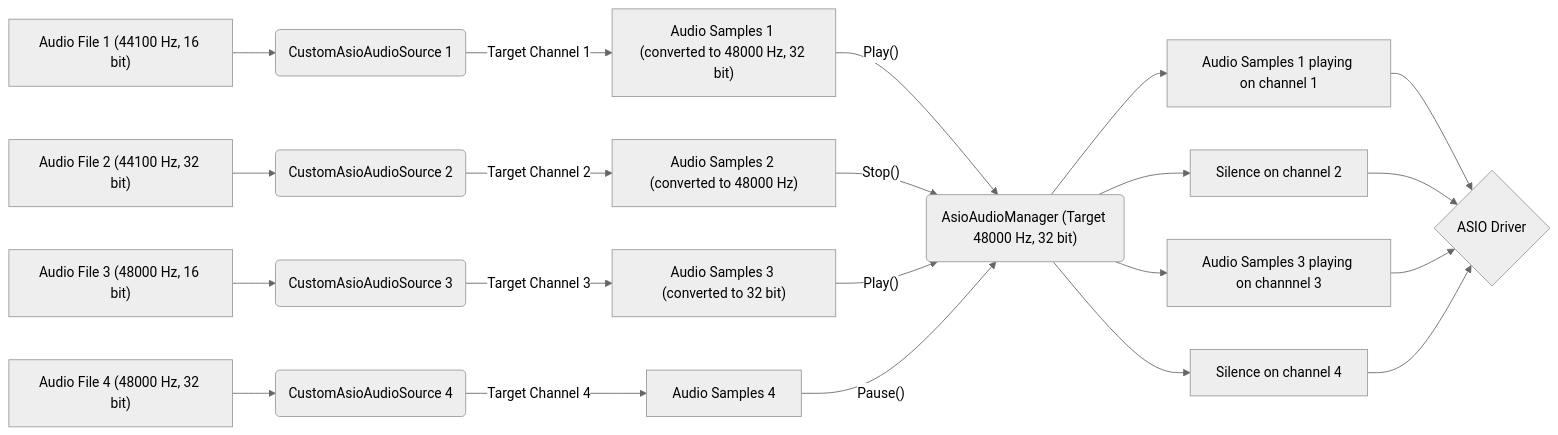
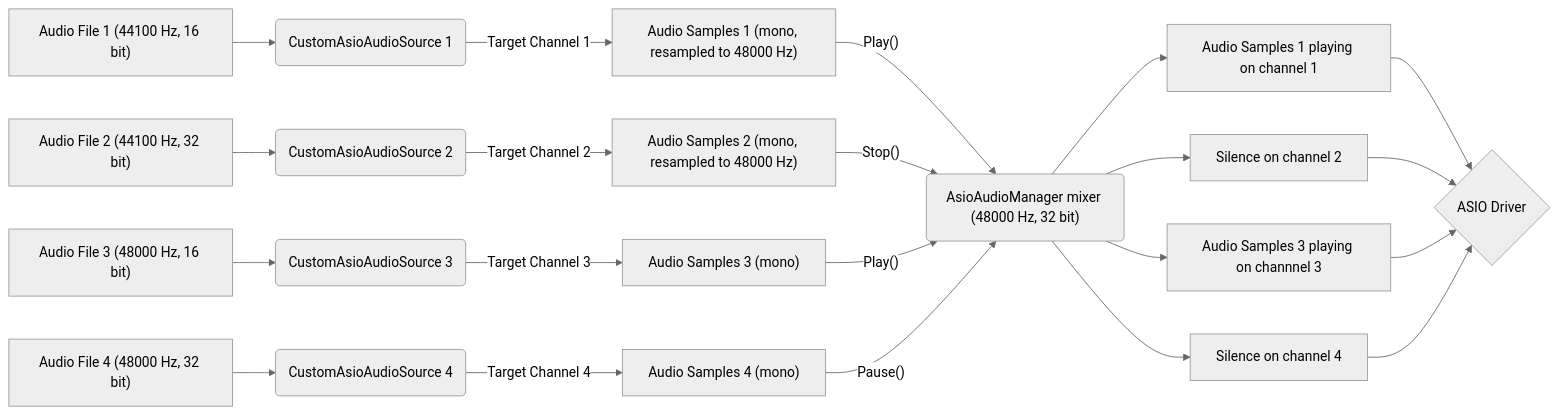
One commit to liris-xr/AsioAudioUnity changed the diagram in Documentation~/SetupAsioAudioEnvironment.md. Above: the diagram before and after it, drawn with Mermaid (neutral theme). The commit also changed other lines of this file and 29 other files, not shown here.

````diff
--- a/Documentation~/SetupAsioAudioEnvironment.md
+++ b/Documentation~/SetupAsioAudioEnvironment.md
@@ -26,37 +28,37 @@
 ```mermaid
 graph LR
-    A["AsioAudioManager (Target 48000 Hz, 32 bit)<br>"] --> n13["Audio Samples 1 playing on channel 1<br>"] & n14["Silence on channel 2<br>"] & n15["Audio Samples 3 playing on channnel 3<br>"] & n16["Silence on channel 4 <br>"]
-    n1["Audio Samples 1 (converted to 48000 Hz, 32 bit)<br>"] -- Play() --> A
-    n2["Audio Samples 2 (converted to 48000 Hz)<br>"] -- Stop() --> A
-    n3["Audio Samples 3 (converted to 32 bit)<br>"] -- Play() --> A
-    n4["Audio Samples 4<br>"] -- Pause() --> A
+    A["AsioAudioManager mixer (48000 Hz, 32 bit)<br>"] --> n13["Audio Samples 1 playing on channel 1<br>"] & n14["Silence on channel 2<br>"] & n15["Audio Samples 3 playing on channnel 3<br>"] & n16["Silence on channel 4 <br>"]
+    n1["Audio Samples 1 (mono, resampled to 48000 Hz)<br>"] -- Play() --> A
+    n2["Audio Samples 2 (mono, resampled to 48000 Hz)<br>"] -- Stop() --> A
+    n3["Audio Samples 3 (mono)<br>"] -- Play() --> A
+    n4["Audio Samples 4 (mono)<br>"] -- Pause() --> A
     n5["CustomAsioAudioSource 1<br>"] -- Target Channel 1 --> n1
     n6["CustomAsioAudioSource 2<br>"] -- Target Channel 2 --> n2
     n7["CustomAsioAudioSource 3<br>"] -- Target Channel 3 --> n3
     n8["CustomAsioAudioSource 4<br>"] -- Target Channel 4 --> n4
     n9["Audio File 1 (44100 Hz, 16 bit)<br>"] --> n5
     n10["Audio File 2 (44100 Hz, 32 bit)<br>"] --> n6
     n11["Audio File 3 (48000 Hz, 16 bit)<br>"] --> n7
     n12["Audio File 4 (48000 Hz, 32 bit)<br>"] --> n8
     n13 --> B["ASIO Driver<br>"]
     n14 --> B
     n15 --> B
     n16 --> B
 
     A@{ shape: rounded}
     B@{ shape: diam}
     n1@{ shape: rect}
     n2@{ shape: rect}
     n3@{ shape: rect}
     n4@{ shape: rect}
     n5@{ shape: rounded}
     n6@{ shape: rounded}
     n7@{ shape: rounded}
     n8@{ shape: rounded}
     n9@{ shape: rect}
     n10@{ shape: rect}
     n11@{ shape: rect}
     n12@{ shape: rect}
     n13@{ shape: rect}
     n14@{ shape: rect}
 ```
````
